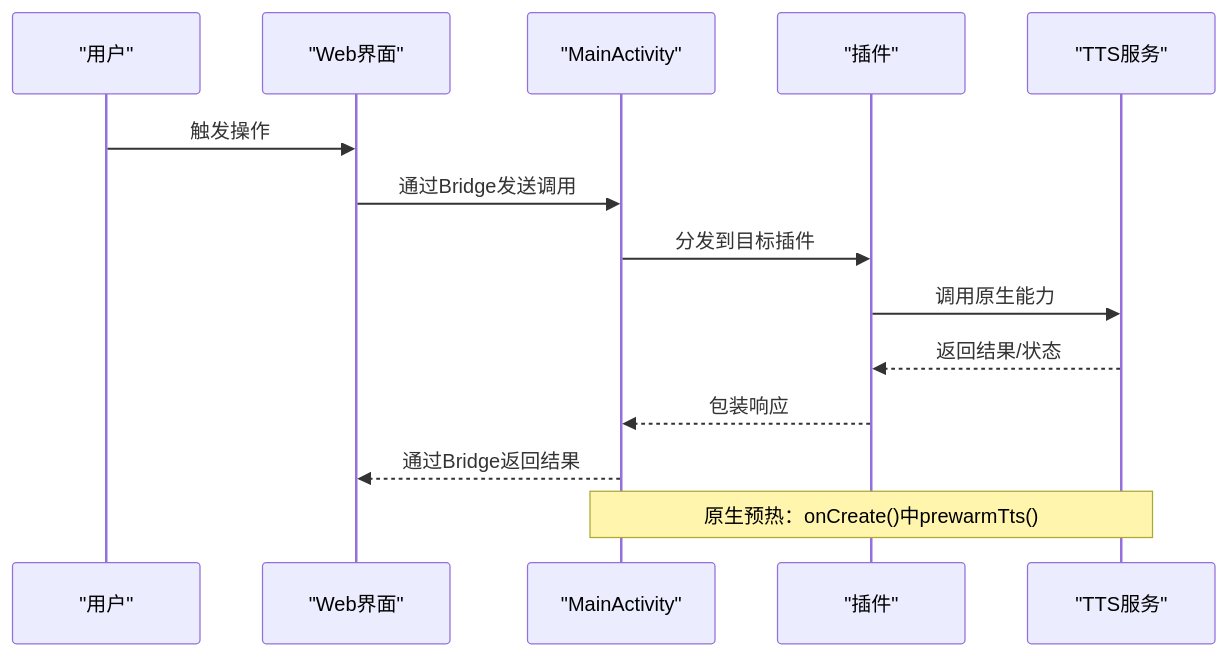
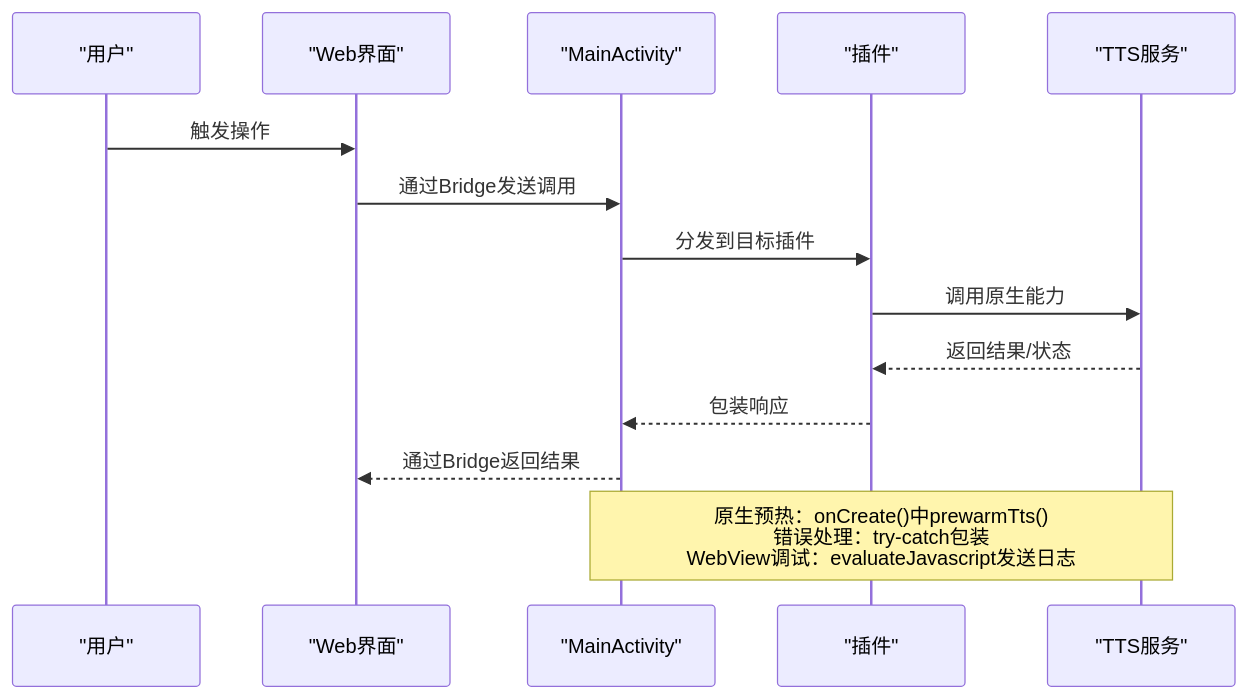
The third of 11 diagrams in .qoder/repowiki/zh/content/移动应用开发/移动应用开发.md (zhao-zg/cx), drawn with Mermaid before and after one commit. The commit also changed other lines of this file and 42 other files, not shown here.

````diff
--- a/.qoder/repowiki/zh/content/移动应用开发/移动应用开发.md
+++ b/.qoder/repowiki/zh/content/移动应用开发/移动应用开发.md
@@ -252,16 +259,16 @@
 ```mermaid
 sequenceDiagram
 participant U as "用户"
 participant W as "Web界面"
 participant M as "MainActivity"
 participant P as "插件"
 participant S as "TTS服务"
 U->>W : 触发操作
 W->>M : 通过Bridge发送调用
 M->>P : 分发到目标插件
 P->>S : 调用原生能力
 S-->>P : 返回结果/状态
 P-->>M : 包装响应
 M-->>W : 通过Bridge返回结果
-Note over M,S : 原生预热：onCreate()中prewarmTts()
+Note over M,S : 原生预热：onCreate()中prewarmTts()<br/>错误处理：try-catch包装<br/>WebView调试：evaluateJavascript发送日志
 ```
````
